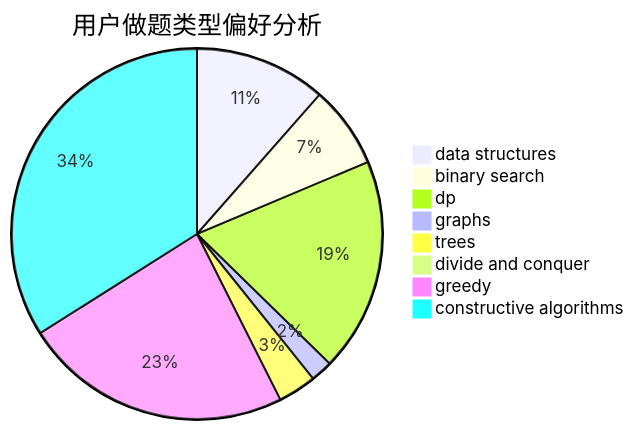
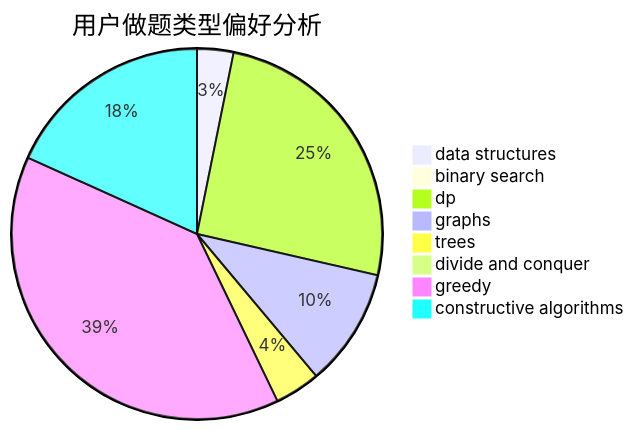
One commit to sherpahu/cfrs.github.io changed the second of 3 diagrams in docs/user/u1307.md. Above: the diagram before and after it, drawn with Mermaid. The commit also changed other lines of this file and 2770 other files, not shown here.

````diff
--- a/docs/user/u1307.md
+++ b/docs/user/u1307.md
@@ -23,11 +23,11 @@
 ```mermaid
 pie title 用户做题类型偏好分析
-    "data structures" :  24
-    "binary search" :  15
-    "dp" :  39
-    "graphs" :  4
-    "trees" :  7
+    "data structures" :  4
+    "binary search" :  0
+    "dp" :  32
+    "graphs" :  13
+    "trees" :  5
     "divide and conquer" :  0
     "greedy" :  49
-    "constructive algorithms" :  71
+    "constructive algorithms" :  23
 ```
````
